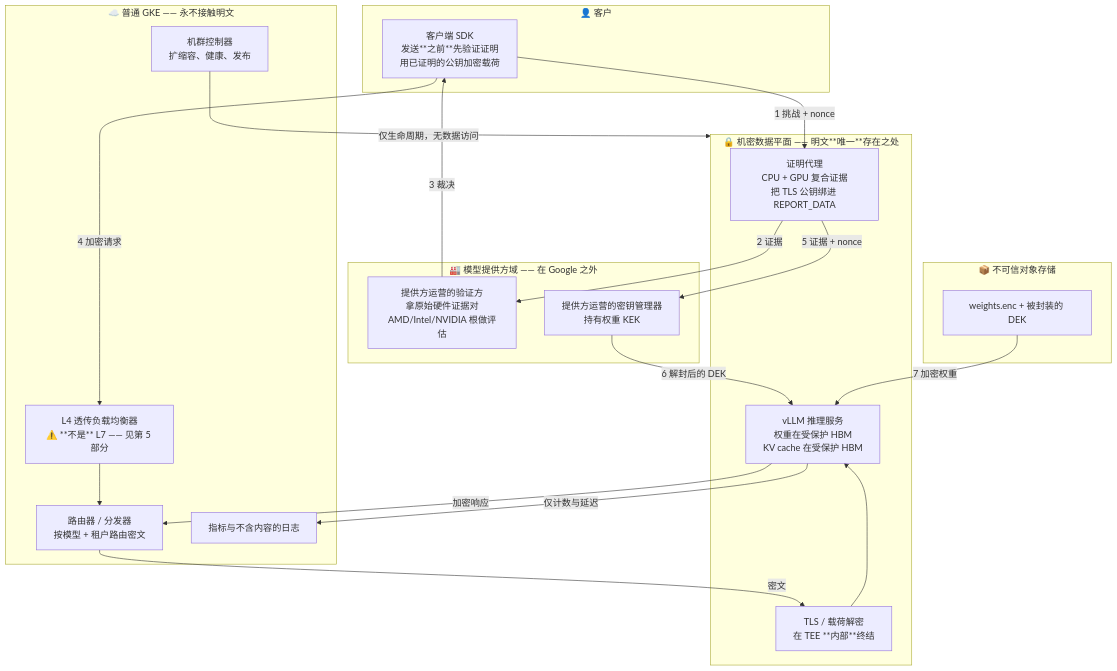
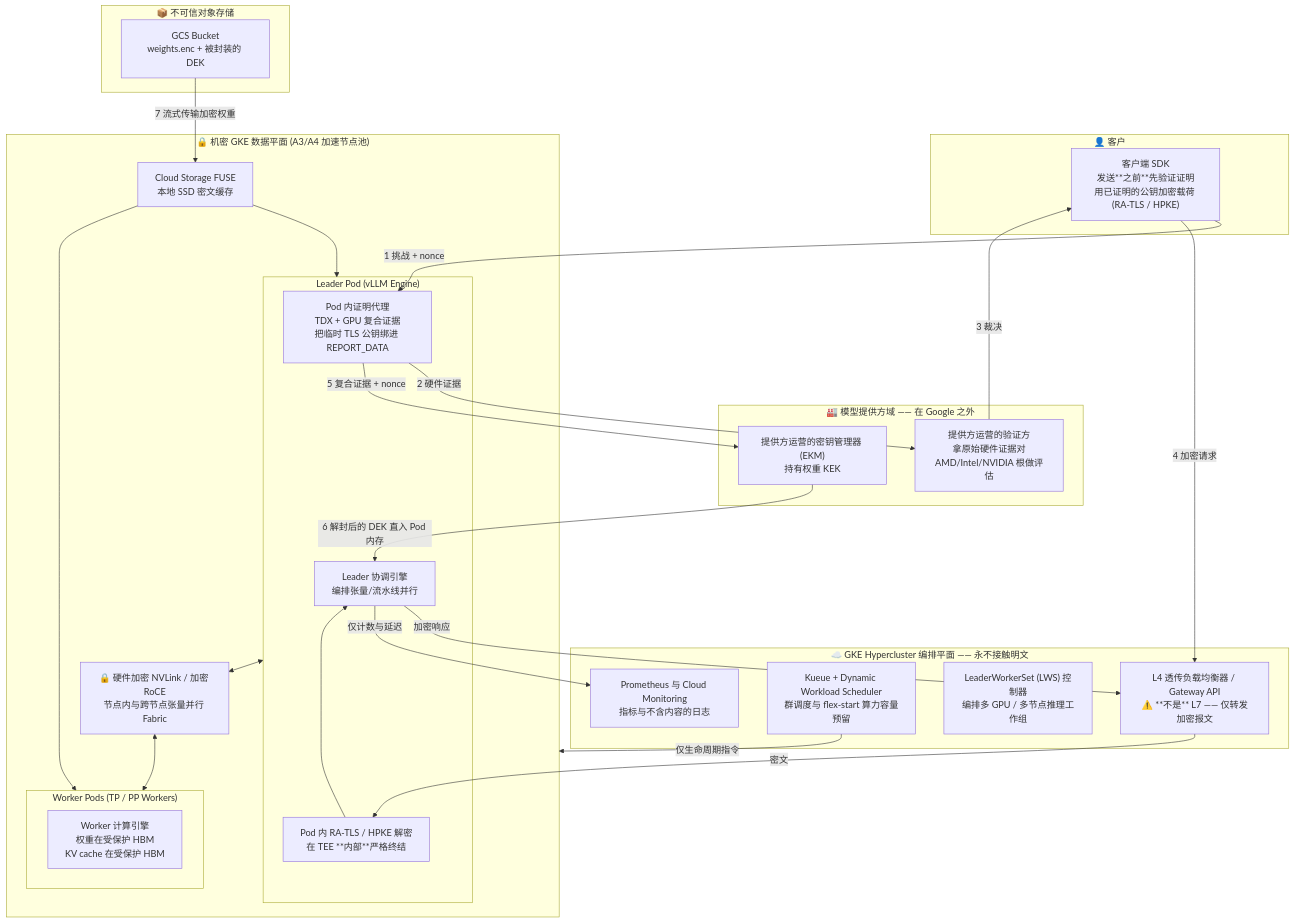
The first of 5 diagrams in docs/zh/06_designing_confidential_llm_serving_on_gke.md (Marinette101/llm-cc-in-k8s), drawn with Mermaid before and after one commit. The commit also changed other lines of this file and 9 other files, not shown here.

Commit message:
feat: incorporate GKE Hypercluster and AI Hypercomputer architecture into confidential LLM serving docs

````diff
--- a/docs/zh/06_designing_confidential_llm_serving_on_gke.md
+++ b/docs/zh/06_designing_confidential_llm_serving_on_gke.md
@@ -40,40 +48,53 @@
 ```mermaid
 flowchart TD
     subgraph CLIENT ["👤 客户"]
-        C1["客户端 SDK<br>发送**之前**先验证证明<br>用已证明的公钥加密载荷"]
+        C1["客户端 SDK<br>发送**之前**先验证证明<br>用已证明的公钥加密载荷 (RA-TLS / HPKE)"]
     end
 
-    subgraph NORMAL ["☁️ 普通 GKE —— 永不接触明文"]
-        LB["L4 透传负载均衡器<br>⚠️ **不是** L7 —— 见第 5 部分"]
-        RT["路由器 / 分发器<br>按模型 + 租户路由密文"]
-        CTL["机群控制器<br>扩缩容、健康、发布"]
-        OBS["指标与不含内容的日志"]
+    subgraph GKE ["☁️ GKE Hypercluster 编排平面 —— 永不接触明文"]
+        LB["L4 透传负载均衡器 / Gateway API<br>⚠️ **不是** L7 —— 仅转发加密报文"]
+        SCHED["Kueue + Dynamic Workload Scheduler<br>群调度与 flex-start 算力容量预留"]
+        LWS["LeaderWorkerSet (LWS) 控制器<br>编排多 GPU / 多节点推理工作组"]
+        OBS["Prometheus 与 Cloud Monitoring<br>指标与不含内容的日志"]
     end
 
-    subgraph CONF ["🔒 机密数据平面 —— 明文**唯一**存在之处"]
-        ATT["证明代理<br>CPU + GPU 复合证据<br>把 TLS 公钥绑进 REPORT_DATA"]
-        TLS["TLS / 载荷解密<br>在 TEE **内部**终结"]
-        INF["vLLM 推理服务<br>权重在受保护 HBM<br>KV cache 在受保护 HBM"]
+    subgraph CONF_NODE ["🔒 机密 GKE 数据平面 (A3/A4 加速节点池)"]
+        subgraph POD_LEADER ["Leader Pod (vLLM Engine)"]
+            ATT["Pod 内证明代理<br>TDX + GPU 复合证据<br>把临时 TLS 公钥绑进 REPORT_DATA"]
+            TLS["Pod 内 RA-TLS / HPKE 解密<br>在 TEE **内部**严格终结"]
+            LEAD_ENG["Leader 协调引擎<br>编排张量/流水线并行"]
+        end
+
+        subgraph POD_WORKER ["Worker Pods (TP / PP Workers)"]
+            WRK_ENG["Worker 计算引擎<br>权重在受保护 HBM<br>KV cache 在受保护 HBM"]
+        end
+
+        FUSE["Cloud Storage FUSE<br>本地 SSD 密文缓存"]
+        NVL["🔒 硬件加密 NVLink / 加密 RoCE<br>节点内与跨节点张量并行 Fabric"]
+
+        POD_LEADER <--> NVL <--> POD_WORKER
+        FUSE --> POD_LEADER
+        FUSE --> POD_WORKER
     end
 
     subgraph PROVIDER ["🏭 模型提供方域 —— 在 Google 之外"]
         VER["提供方运营的验证方<br>拿原始硬件证据对<br>AMD/Intel/NVIDIA 根做评估"]
-        EKM["提供方运营的密钥管理器<br>持有权重 KEK"]
+        EKM["提供方运营的密钥管理器 (EKM)<br>持有权重 KEK"]
     end
 
     subgraph STORE ["📦 不可信对象存储"]
-        W["weights.enc + 被封装的 DEK"]
+        W["GCS Bucket<br>weights.enc + 被封装的 DEK"]
     end
 
     C1 -->|"1 挑战 + nonce"| ATT
-    ATT -->|"2 证据"| VER
+    ATT -->|"2 硬件证据"| VER
     VER -->|"3 裁决"| C1
-    C1 -->|"4 加密请求"| LB --> RT -->|"密文"| TLS
-    ATT -->|"5 证据 + nonce"| EKM
-    EKM -->|"6 解封后的 DEK"| INF
-    W -->|"7 加密权重"| INF
-    TLS --> INF
-    INF -->|"加密响应"| RT
-    INF -->|"仅计数与延迟"| OBS
-    CTL -->|"仅生命周期，无数据访问"| CONF
+    C1 -->|"4 加密请求"| LB -->|"密文"| TLS
+    ATT -->|"5 复合证据 + nonce"| EKM
+    EKM -->|"6 解封后的 DEK 直入 Pod 内存"| LEAD_ENG
+    W -->|"7 流式传输加密权重"| FUSE
+    TLS --> LEAD_ENG
+    LEAD_ENG -->|"加密响应"| LB
+    LEAD_ENG -->|"仅计数与延迟"| OBS
+    SCHED -->|"仅生命周期指令"| CONF_NODE
 ```
````
